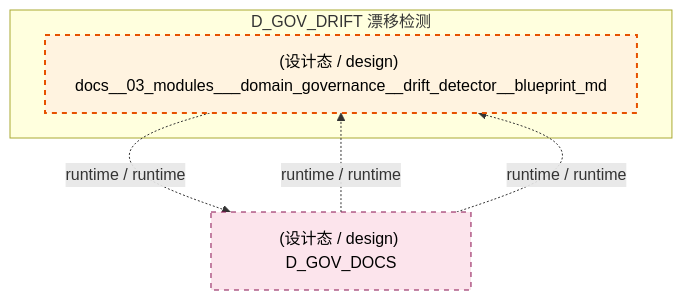
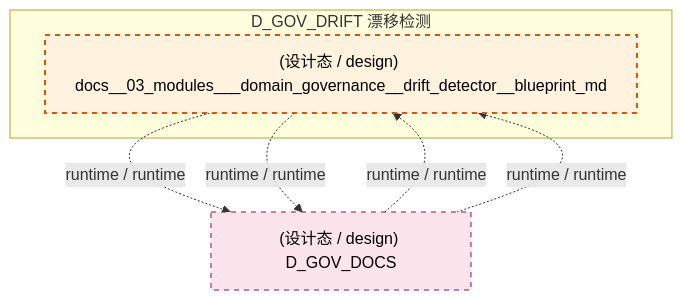
One commit to xuanFelixVan/ZephyrAlpha changed the fifth of 7 diagrams in docs/02_enterprise_architecture/02_domain_architecture_docs/41_d_gov_drift.md. Above: the diagram before and after it, drawn with Mermaid. The commit also changed other lines of this file and 28 other files, not shown here.

First line of the commit message:
chore: commit reconciler-regenerated domain architecture docs

````diff
--- a/docs/02_enterprise_architecture/02_domain_architecture_docs/41_d_gov_drift.md
+++ b/docs/02_enterprise_architecture/02_domain_architecture_docs/41_d_gov_drift.md
@@ -553,16 +554,17 @@
 ```mermaid
 graph TD
     subgraph D_GOV_DRIFT["D_GOV_DRIFT 漂移检测"]
         docs_03_modules_domain_governance_drift_detector_blueprint_md["(设计态 / design) docs__03_modules___domain_governance__drift_detector__blueprint_md"]
     end
     D_GOV_DOCS["(设计态 / design) D_GOV_DOCS"]
+    docs_03_modules_domain_governance_drift_detector_blueprint_md -.->|runtime / runtime| D_GOV_DOCS
     docs_03_modules_domain_governance_drift_detector_blueprint_md -.->|runtime / runtime| D_GOV_DOCS
     D_GOV_DOCS -.->|runtime / runtime| docs_03_modules_domain_governance_drift_detector_blueprint_md
     D_GOV_DOCS -.->|runtime / runtime| docs_03_modules_domain_governance_drift_detector_blueprint_md
     classDef production fill:#e1f5fe,stroke:#01579b,stroke-width:2px,color:#000
     classDef design fill:#fff3e0,stroke:#e65100,stroke-width:2px,color:#000,stroke-dasharray: 5 5
     classDef external_prod fill:#e8f5e9,stroke:#1b5e20,stroke-width:1px,color:#000
     classDef external_design fill:#fce4ec,stroke:#880e4f,stroke-width:1px,color:#000,stroke-dasharray: 5 5
     class docs_03_modules_domain_governance_drift_detector_blueprint_md design
     class D_GOV_DOCS external_design
 ```
````
